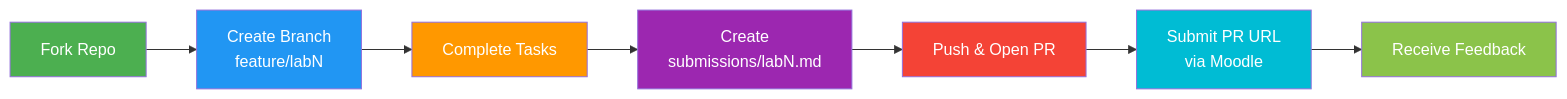
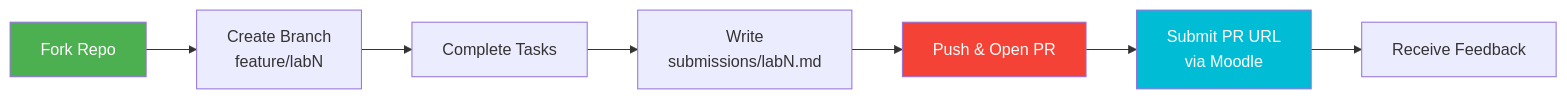
The second of 2 diagrams in README.md (inno-devops-labs/SRE-Intro), drawn with Mermaid before and after one commit. The commit also changed other lines of this file, not shown here.

````diff
--- a/README.md
+++ b/README.md
@@ -214,17 +176,13 @@
 ```mermaid
 graph LR
     A["Fork Repo"] --> B["Create Branch<br/>feature/labN"]
     B --> C["Complete Tasks"]
-    C --> D["Create<br/>submissions/labN.md"]
+    C --> D["Write<br/>submissions/labN.md"]
     D --> E["Push & Open PR"]
     E --> F["Submit PR URL<br/>via Moodle"]
     F --> G["Receive Feedback"]
 
     style A fill:#4CAF50,color:#fff
-    style B fill:#2196F3,color:#fff
-    style C fill:#FF9800,color:#fff
-    style D fill:#9C27B0,color:#fff
     style E fill:#F44336,color:#fff
     style F fill:#00BCD4,color:#fff
-    style G fill:#8BC34A,color:#fff
 ```
````
